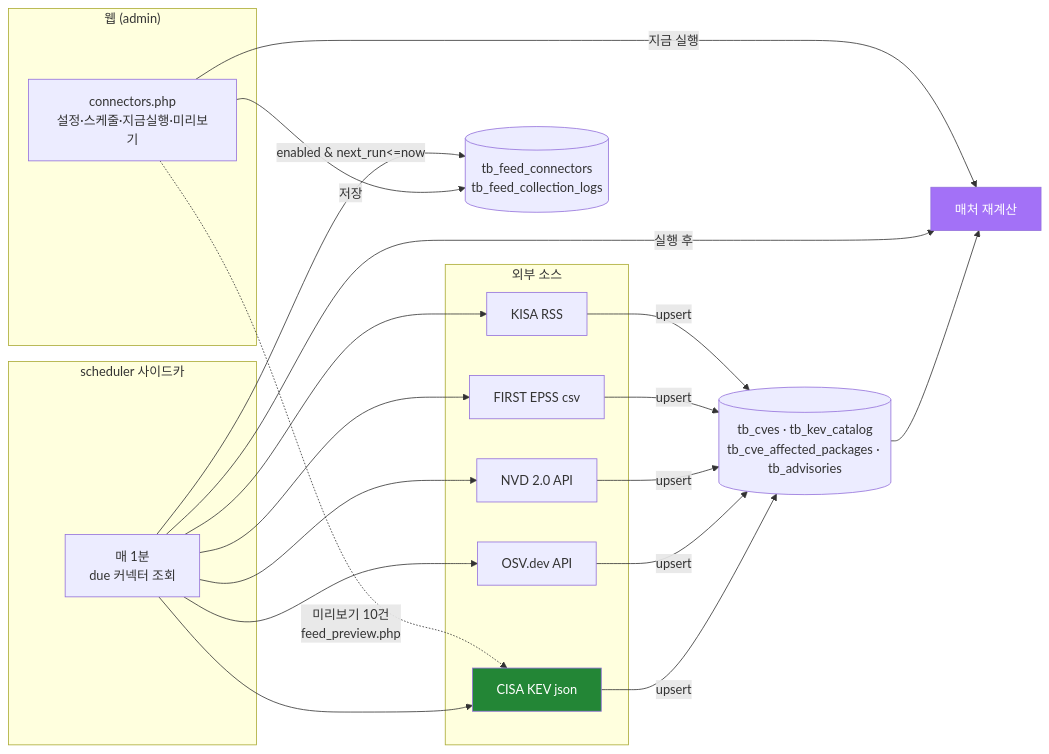
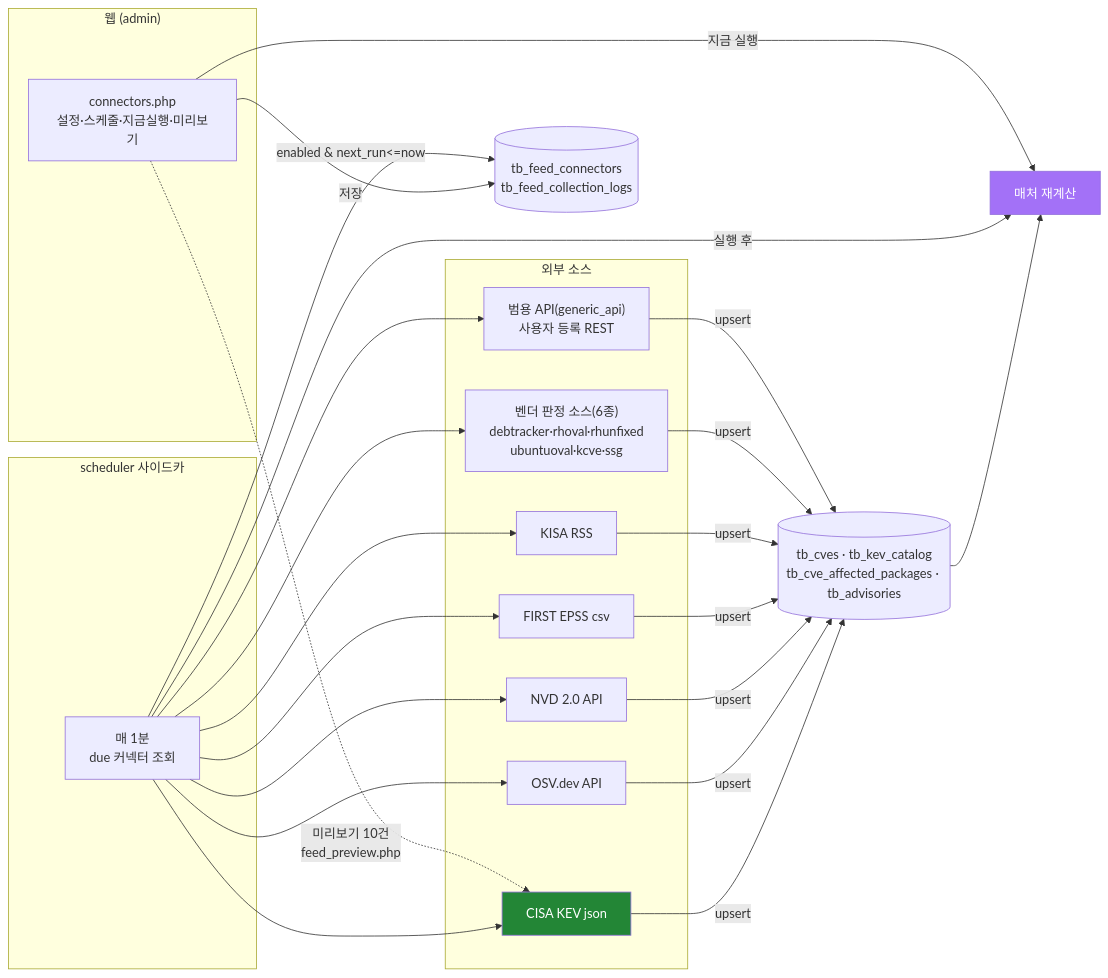
The third of 6 diagrams in docs/architecture.md (JeongDoWook/vuln-agent), drawn with Mermaid before and after one commit. The commit also changed other lines of this file and 2 other files, not shown here.

Commit message:
문서: 피드 커넥터 목록 최신화(벤더 판정 6종·범용 API 커넥터 반영) (#206)

````diff
--- a/docs/architecture.md
+++ b/docs/architecture.md
@@ -129,31 +129,33 @@
 ```mermaid
 flowchart LR
     subgraph UI["웹 (admin)"]
         CFG["connectors.php<br/>설정·스케줄·지금실행·미리보기"]
     end
     subgraph Sched["scheduler 사이드카"]
         TICK["매 1분<br/>due 커넥터 조회"]
     end
     subgraph Sources["외부 소스"]
         KEV["CISA KEV json"]
         OSV["OSV.dev API"]
         NVD["NVD 2.0 API"]
         EPSS["FIRST EPSS csv"]
         KISA["KISA RSS"]
+        VENDOR["벤더 판정 소스(6종)<br/>debtracker·rhoval·rhunfixed<br/>ubuntuoval·kcve·ssg"]
+        GAPI["범용 API(generic_api)<br/>사용자 등록 REST"]
     end
     DBc[("tb_feed_connectors<br/>tb_feed_collection_logs")]
     CVE[("tb_cves · tb_kev_catalog<br/>tb_cve_affected_packages · tb_advisories")]
     MAT["매처 재계산"]
 
     CFG -->|저장| DBc
     TICK -->|enabled & next_run<=now| DBc
-    TICK --> KEV & OSV & NVD & EPSS & KISA
-    KEV & OSV & NVD & EPSS & KISA -->|upsert| CVE
+    TICK --> KEV & OSV & NVD & EPSS & KISA & VENDOR & GAPI
+    KEV & OSV & NVD & EPSS & KISA & VENDOR & GAPI -->|upsert| CVE
     CVE --> MAT
     TICK -->|실행 후| MAT
     CFG -->|지금 실행| MAT
     CFG -.->|미리보기 10건<br/>feed_preview.php| KEV
 
     style KEV fill:#238636,color:#fff
     style MAT fill:#a371f7,color:#fff
 ```
````
